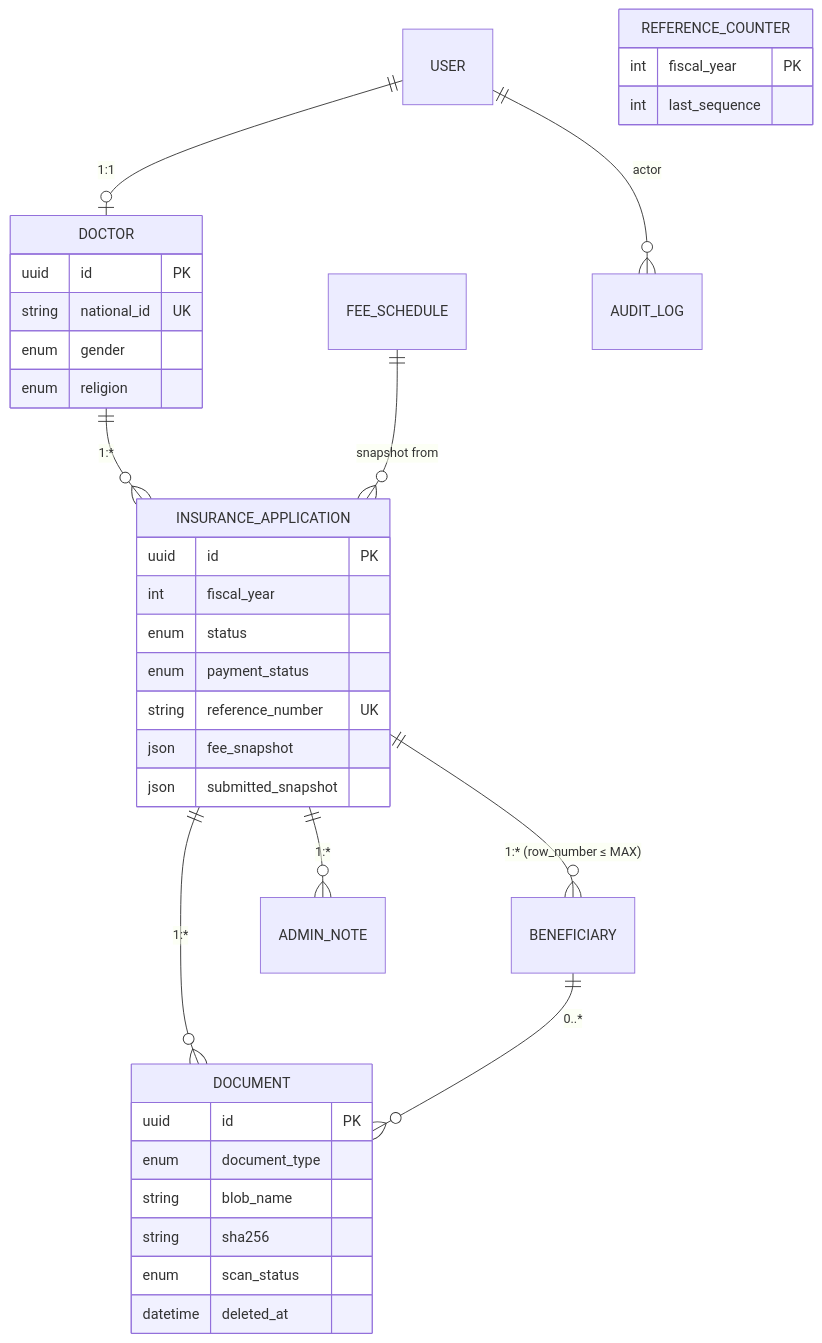
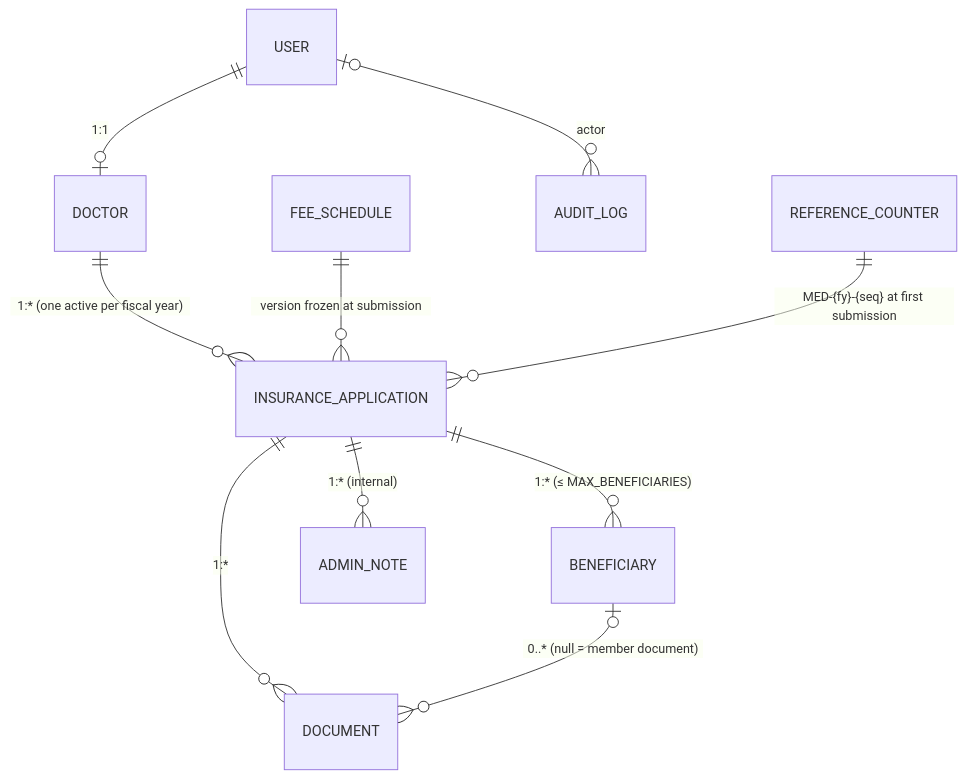
The sixth of 8 diagrams in docs/architecture.md (amr990719/Medical_App_Azure), drawn with Mermaid before and after one commit. The commit also changed other lines of this file and 32 other files, not shown here.

````diff
--- a/docs/architecture.md
+++ b/docs/architecture.md
@@ -158,38 +159,12 @@
 ```mermaid
 erDiagram
     USER ||--o| DOCTOR : "1:1"
-    DOCTOR ||--o{ INSURANCE_APPLICATION : "1:*"
-    FEE_SCHEDULE ||--o{ INSURANCE_APPLICATION : "snapshot from"
-    INSURANCE_APPLICATION ||--o{ BENEFICIARY : "1:* (row_number ≤ MAX)"
+    DOCTOR ||--o{ INSURANCE_APPLICATION : "1:* (one active per fiscal year)"
+    FEE_SCHEDULE ||--o{ INSURANCE_APPLICATION : "version frozen at submission"
+    INSURANCE_APPLICATION ||--o{ BENEFICIARY : "1:* (≤ MAX_BENEFICIARIES)"
     INSURANCE_APPLICATION ||--o{ DOCUMENT : "1:*"
-    BENEFICIARY ||--o{ DOCUMENT : "0..*"
-    INSURANCE_APPLICATION ||--o{ ADMIN_NOTE : "1:*"
-    USER ||--o{ AUDIT_LOG : "actor"
-    REFERENCE_COUNTER {
-        int fiscal_year PK
-        int last_sequence
-    }
-    DOCTOR {
-        uuid id PK
-        string national_id UK
-        enum gender
-        enum religion
-    }
-    INSURANCE_APPLICATION {
-        uuid id PK
-        int fiscal_year
-        enum status
-        enum payment_status
-        string reference_number UK
-        json fee_snapshot
-        json submitted_snapshot
-    }
-    DOCUMENT {
-        uuid id PK
-        enum document_type
-        string blob_name
-        string sha256
-        enum scan_status
-        datetime deleted_at
-    }
+    BENEFICIARY |o--o{ DOCUMENT : "0..* (null = member document)"
+    INSURANCE_APPLICATION ||--o{ ADMIN_NOTE : "1:* (internal)"
+    USER |o--o{ AUDIT_LOG : "actor"
+    REFERENCE_COUNTER ||--o{ INSURANCE_APPLICATION : "MED-{fy}-{seq} at first submission"
 ```
````
